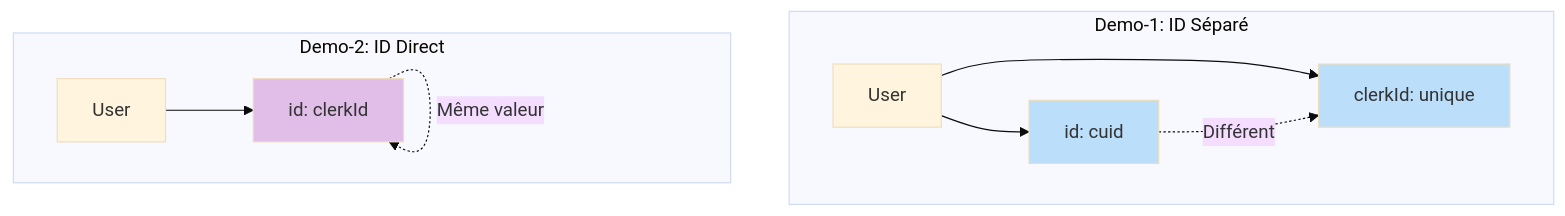
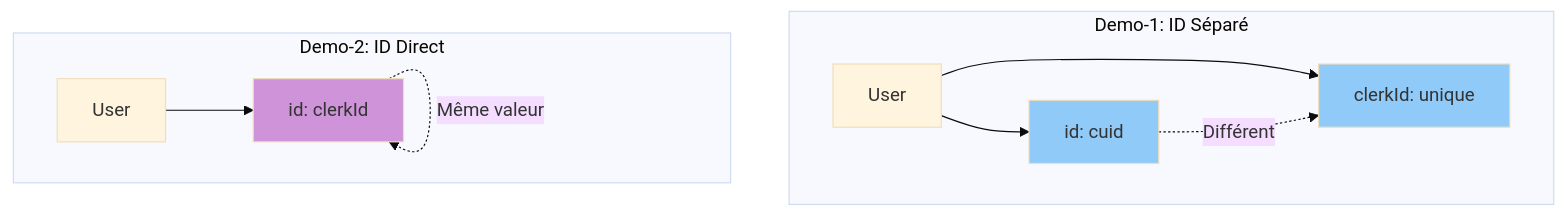
One commit to inskillflow/auths-1-NEXTJS-introduction changed diagram 13 of 39 in 02-DIAGRAMMES_ARCHITECTURES.md. Above: the diagram before and after it, drawn with Mermaid (base theme). The commit also changed other lines of this file, not shown here.

````diff
--- a/02-DIAGRAMMES_ARCHITECTURES.md
+++ b/02-DIAGRAMMES_ARCHITECTURES.md
@@ -418,17 +418,17 @@
 ```mermaid
 graph TB
     subgraph "Demo-1: ID Séparé"
         A1[User] --> B1[id: cuid]
         A1 --> C1[clerkId: unique]
         B1 -.->|Différent| C1
     end
     
     subgraph "Demo-2: ID Direct"
         A2[User] --> B2[id: clerkId]
         B2 -.->|Même valeur| B2
     end
     
-    style B1 fill:#bbdefb
-    style C1 fill:#bbdefb
-    style B2 fill:#e1bee7
+    style B1 fill:#90caf9
+    style C1 fill:#90caf9
+    style B2 fill:#ce93d8
 ```
````
